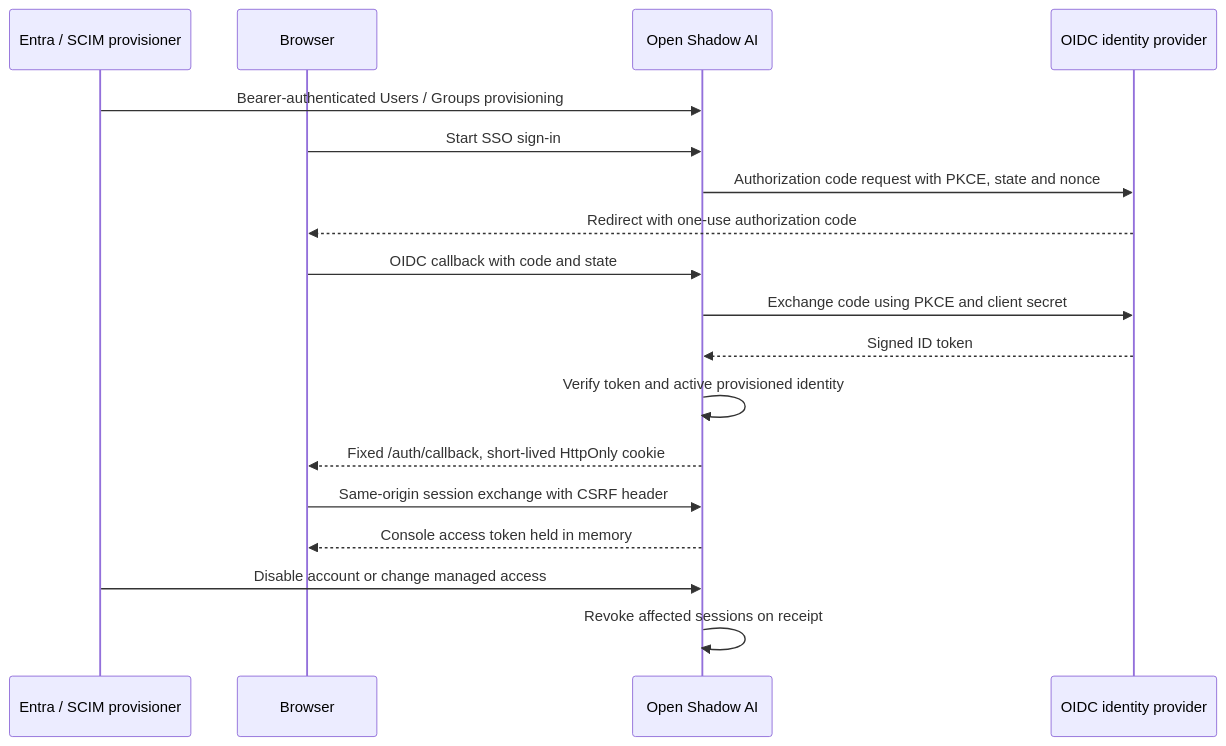
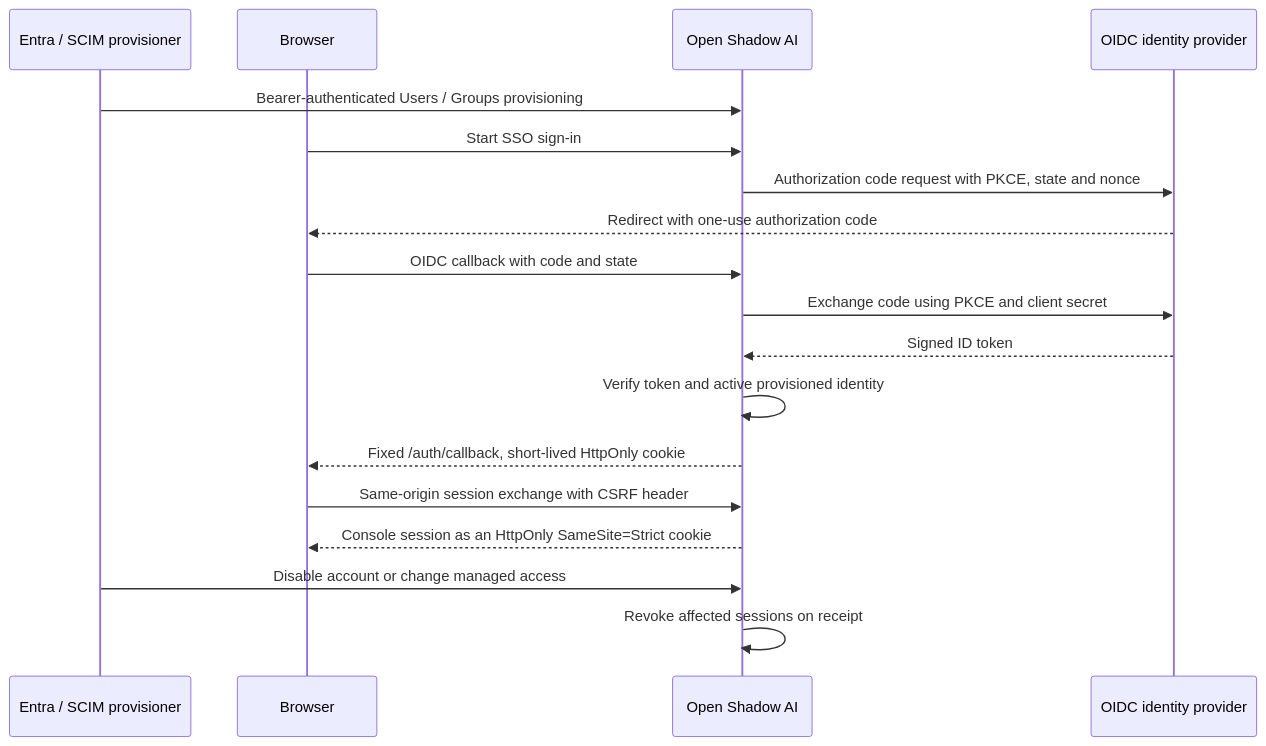
One commit to alebgl77/open-shadow-ai changed the diagram in docs/sso-scim.md. Above: the diagram before and after it, drawn with Mermaid. The commit also changed other lines of this file and 53 other files, not shown here.

````diff
--- a/docs/sso-scim.md
+++ b/docs/sso-scim.md
@@ -7,20 +7,20 @@
 ```mermaid
 sequenceDiagram
     participant Provisioner as Entra / SCIM provisioner
     participant Browser
     participant App as Open Shadow AI
     participant IdP as OIDC identity provider
     Provisioner->>App: Bearer-authenticated Users / Groups provisioning
     Browser->>App: Start SSO sign-in
     App->>IdP: Authorization code request with PKCE, state and nonce
     IdP-->>Browser: Redirect with one-use authorization code
     Browser->>App: OIDC callback with code and state
     App->>IdP: Exchange code using PKCE and client secret
     IdP-->>App: Signed ID token
     App->>App: Verify token and active provisioned identity
     App-->>Browser: Fixed /auth/callback, short-lived HttpOnly cookie
     Browser->>App: Same-origin session exchange with CSRF header
-    App-->>Browser: Console access token held in memory
+    App-->>Browser: Console session as an HttpOnly SameSite=Strict cookie
     Provisioner->>App: Disable account or change managed access
     App->>App: Revoke affected sessions on receipt
 ```
````
